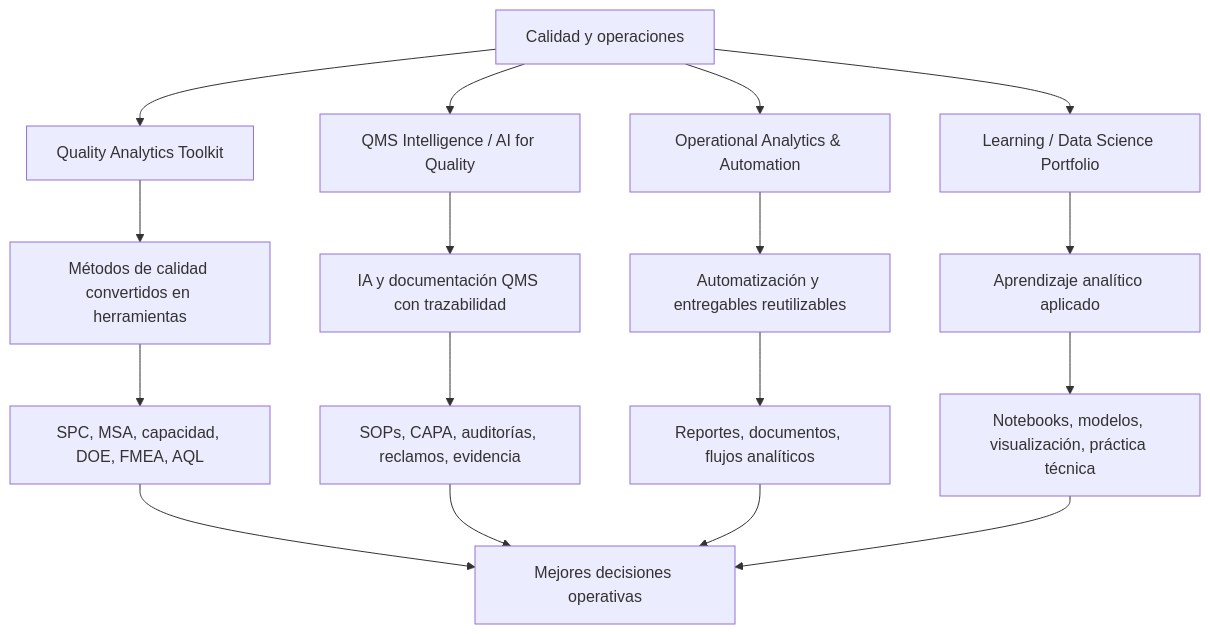
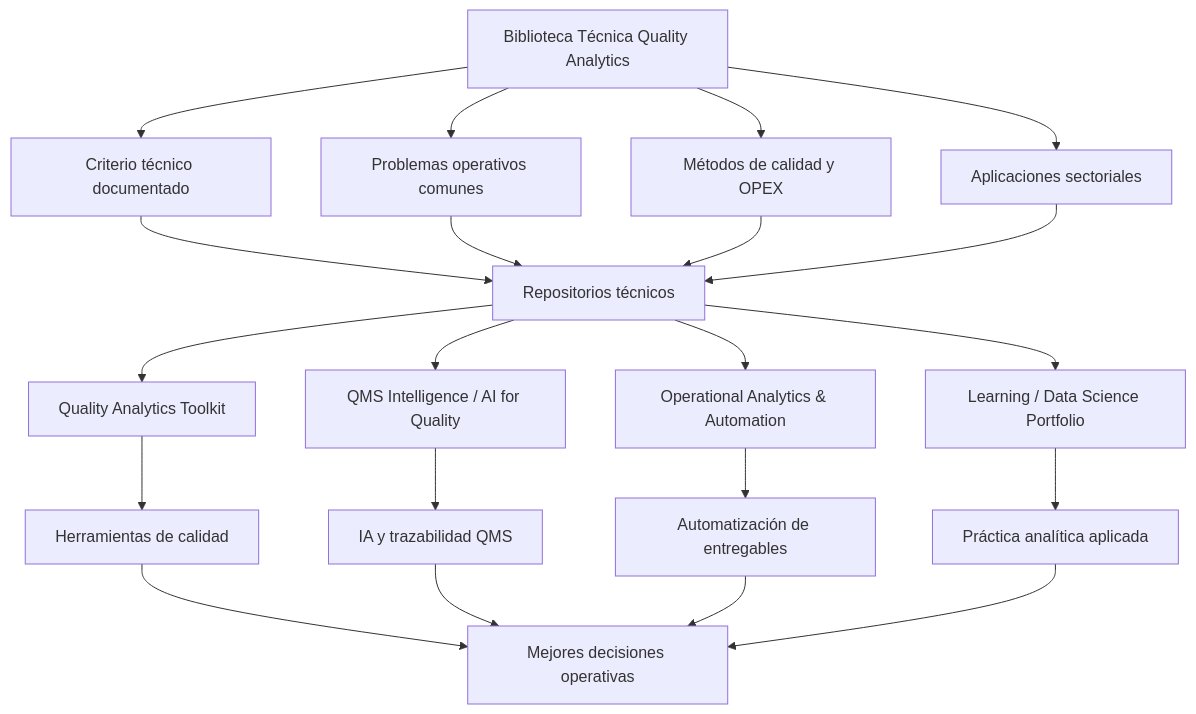
Before and after one commit to fjgonzalezmgt/fjgonzalezmgt: the second of 4 diagrams in README.md, drawn with Mermaid. The commit also changed other lines of this file, not shown here.

````diff
--- a/README.md
+++ b/README.md
@@ -70,24 +76,27 @@
 ```mermaid
 flowchart TD
-    A[Calidad y operaciones] --> B[Quality Analytics Toolkit]
-    A --> C[QMS Intelligence / AI for Quality]
-    A --> D[Operational Analytics & Automation]
-    A --> E[Learning / Data Science Portfolio]
+    A[Biblioteca Técnica Quality Analytics] --> B[Criterio técnico documentado]
+    A --> C[Problemas operativos comunes]
+    A --> D[Métodos de calidad y OPEX]
+    A --> E[Aplicaciones sectoriales]
 
-    B --> B1[Métodos de calidad convertidos en herramientas]
-    B1 --> B2[SPC, MSA, capacidad, DOE, FMEA, AQL]
+    B --> F[Repositorios técnicos]
+    C --> F
+    D --> F
+    E --> F
 
-    C --> C1[IA y documentación QMS con trazabilidad]
-    C1 --> C2[SOPs, CAPA, auditorías, reclamos, evidencia]
+    F --> G[Quality Analytics Toolkit]
+    F --> H[QMS Intelligence / AI for Quality]
+    F --> I[Operational Analytics & Automation]
+    F --> J[Learning / Data Science Portfolio]
 
-    D --> D1[Automatización y entregables reutilizables]
-    D1 --> D2[Reportes, documentos, flujos analíticos]
+    G --> K[Herramientas de calidad]
+    H --> L[IA y trazabilidad QMS]
+    I --> M[Automatización de entregables]
+    J --> N[Práctica analítica aplicada]
 
-    E --> E1[Aprendizaje analítico aplicado]
-    E1 --> E2[Notebooks, modelos, visualización, práctica técnica]
-
-    B2 --> F[Mejores decisiones operativas]
-    C2 --> F
-    D2 --> F
-    E2 --> F
+    K --> O[Mejores decisiones operativas]
+    L --> O
+    M --> O
+    N --> O
 ```
````
